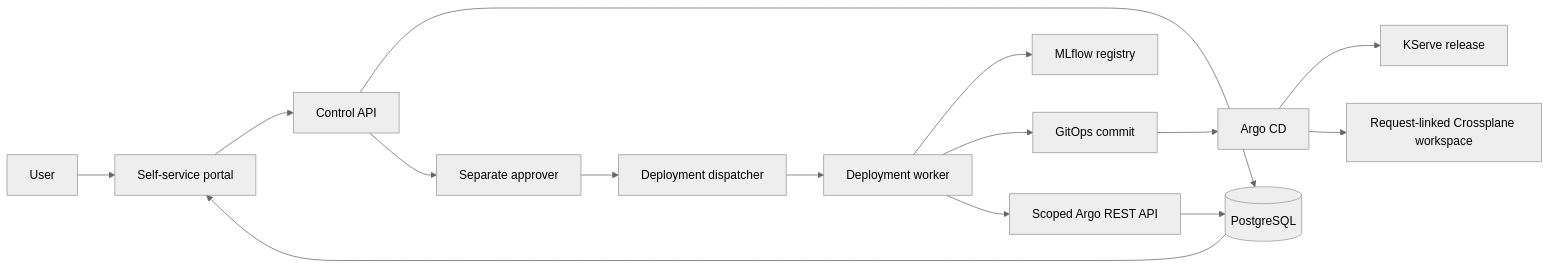
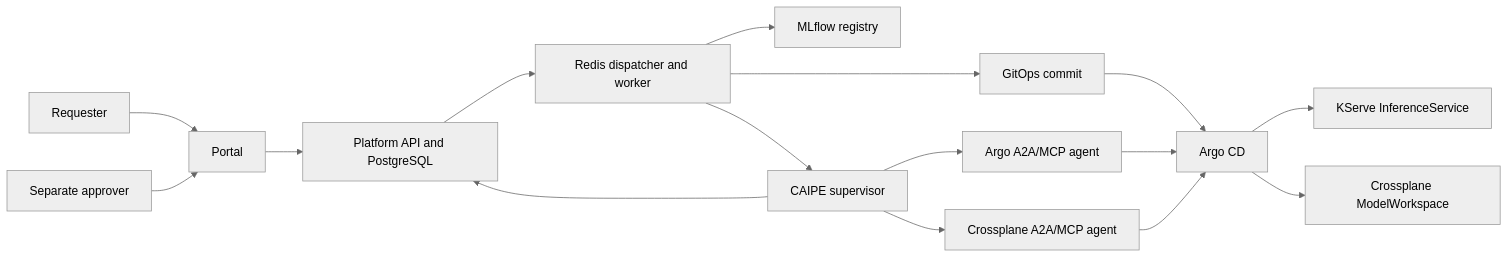
Before and after one commit to nolet7/ai-platform-lab: the diagram in README.md, drawn with Mermaid (neutral theme). The commit also changed other lines of this file, not shown here.

````diff
--- a/README.md
+++ b/README.md
@@ -15,17 +61,18 @@
 ```mermaid
 flowchart LR
-  User --> Portal[Self-service portal]
-  Portal --> API[Control API]
-  API --> DB[(PostgreSQL)]
-  API --> Approval[Separate approver]
-  Approval --> Dispatcher[Deployment dispatcher]
-  Dispatcher --> Worker[Deployment worker]
-  Worker --> MLflow[MLflow registry]
-  Worker --> Git[GitOps commit]
-  Git --> Argo[Argo CD]
-  Argo --> KServe[KServe release]
-  Argo --> Crossplane[Request-linked Crossplane workspace]
-  Worker --> ArgoAPI[Scoped Argo REST API]
-  ArgoAPI --> DB
-  DB --> Portal
+  U[Requester] --> P[Portal]
+  P --> A[Platform API and PostgreSQL]
+  V[Separate approver] --> P
+  A --> Q[Redis dispatcher and worker]
+  Q --> M[MLflow registry]
+  Q --> G[GitOps commit]
+  G --> R[Argo CD]
+  R --> K[KServe InferenceService]
+  R --> X[Crossplane ModelWorkspace]
+  Q --> S[CAIPE supervisor]
+  S --> AA[Argo A2A/MCP agent]
+  S --> CA[Crossplane A2A/MCP agent]
+  AA --> R
+  CA --> R
+  S --> A
 ```
````
